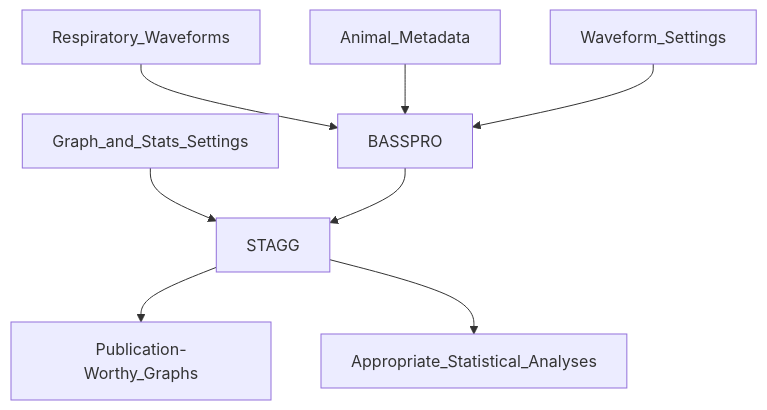
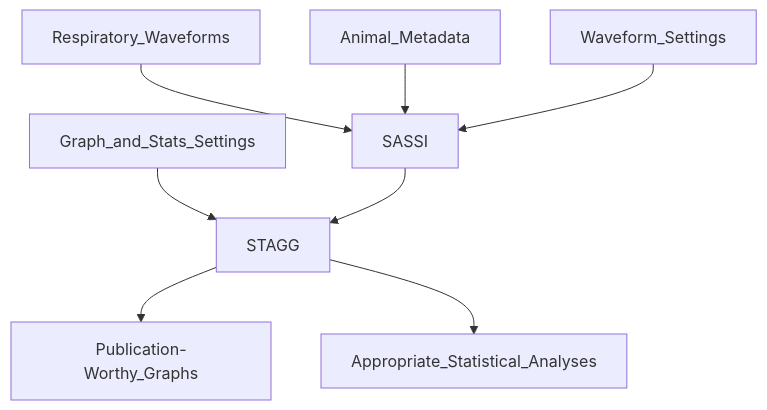
One commit to MolecularNeurobiology/Breathe_Easy changed the diagram in README.md. Above: the diagram before and after it, drawn with Mermaid. The commit also changed other lines of this file, not shown here.

Commit message:
Update README.md
BASSPRO is now SASSI

````diff
--- a/README.md
+++ b/README.md
@@ -11,10 +11,10 @@
 ```mermaid
 graph TD;
-    Respiratory_Waveforms-->BASSPRO;
-    Animal_Metadata-->BASSPRO;
-    Waveform_Settings-->BASSPRO;
+    Respiratory_Waveforms-->SASSI;
+    Animal_Metadata-->SASSI;
+    Waveform_Settings-->SASSI;
     Graph_and_Stats_Settings-->STAGG;
-    BASSPRO-->STAGG;
+    SASSI-->STAGG;
     STAGG-->Publication-Worthy_Graphs;
     STAGG-->Appropriate_Statistical_Analyses;
 ```
````
